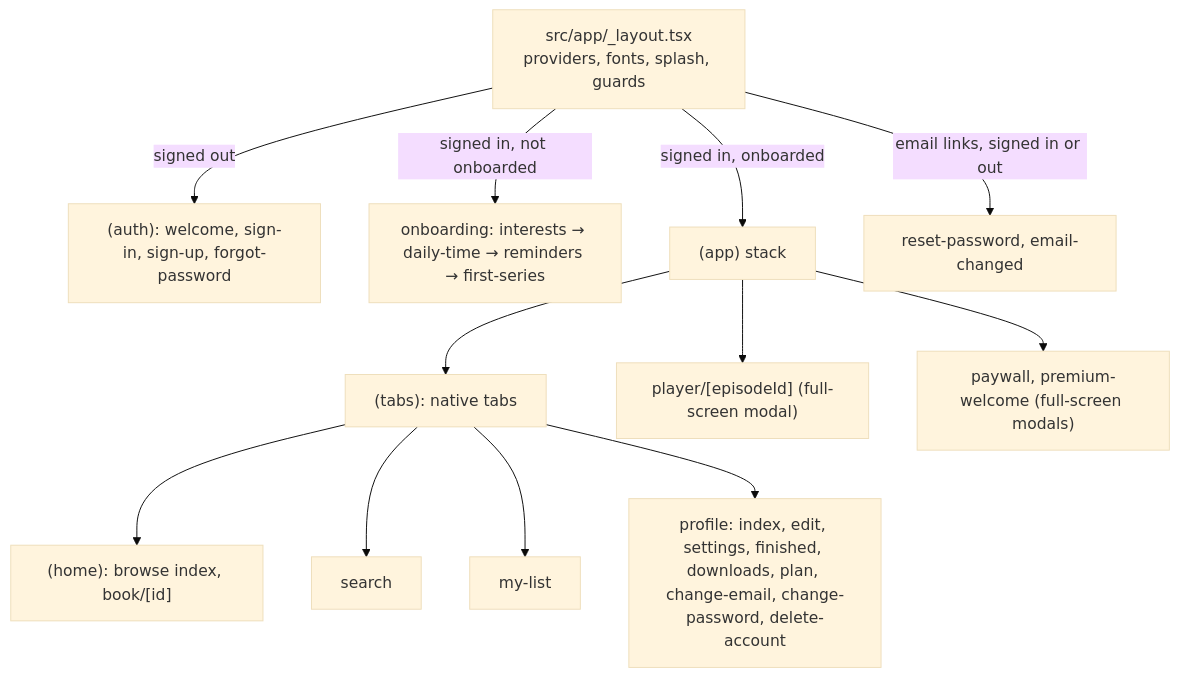
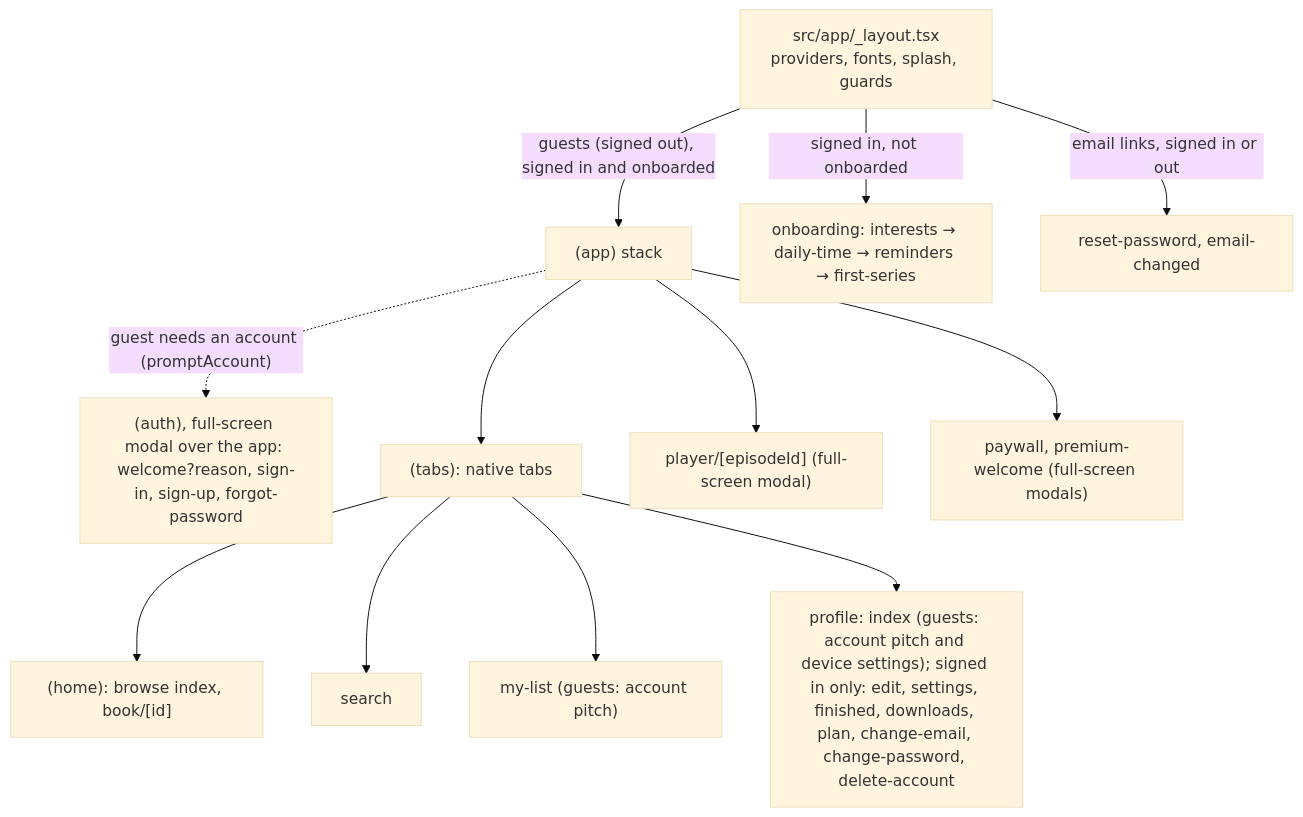
The diagram in apps/docs/services/mobile.md (castroaillc/mintsy-web), drawn with Mermaid (base theme) before and after one commit. The commit also changed other lines of this file and 2 other files, not shown here.

First line of the commit message:
docs: guest mode, Apple token revocation and the Apple sign-in code

````diff
--- a/apps/docs/services/mobile.md
+++ b/apps/docs/services/mobile.md
@@ -62,15 +62,15 @@
 ```mermaid
 flowchart TD
   Root["src/app/_layout.tsx<br/>providers, fonts, splash, guards"]
-  Root -->|signed out| Auth["(auth): welcome, sign-in, sign-up, forgot-password"]
+  Root -->|"guests (signed out), signed in and onboarded"| App["(app) stack"]
   Root -->|signed in, not onboarded| Onb["onboarding: interests → daily-time → reminders → first-series"]
-  Root -->|signed in, onboarded| App["(app) stack"]
+  App -.->|"guest needs an account (promptAccount)"| Auth["(auth), full-screen modal over the app: welcome?reason, sign-in, sign-up, forgot-password"]
   App --> Tabs["(tabs): native tabs"]
   Tabs --> Home["(home): browse index, book/[id]"]
   Tabs --> Search[search]
-  Tabs --> MyList["my-list"]
-  Tabs --> Profile["profile: index, edit, settings, finished, downloads, plan, change-email, change-password, delete-account"]
+  Tabs --> MyList["my-list (guests: account pitch)"]
+  Tabs --> Profile["profile: index (guests: account pitch and device settings); signed in only: edit, settings, finished, downloads, plan, change-email, change-password, delete-account"]
   App --> Player["player/[episodeId] (full-screen modal)"]
   App --> Paywall["paywall, premium-welcome (full-screen modals)"]
   Root -->|"email links, signed in or out"| Links["reset-password, email-changed"]
 ```
````
